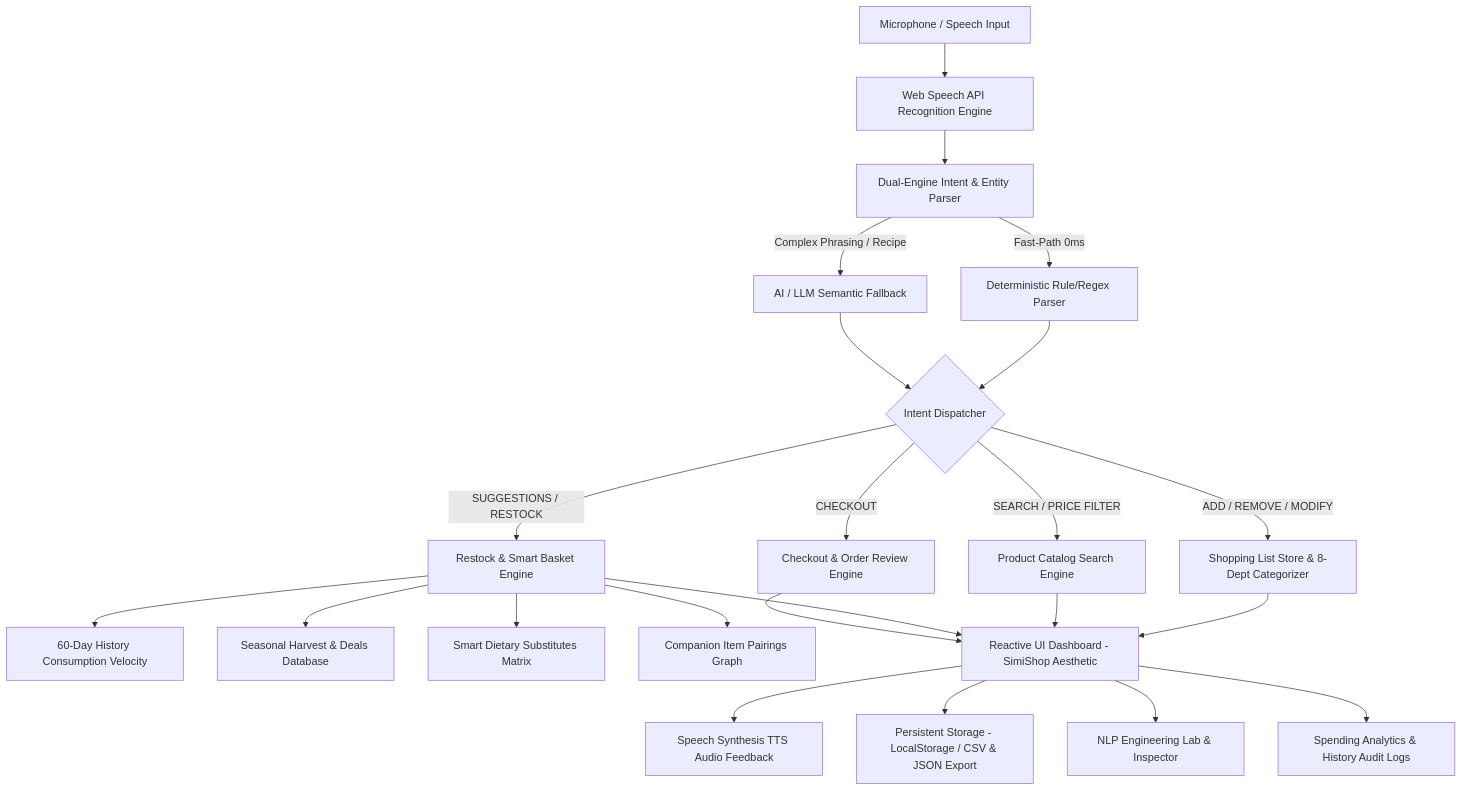
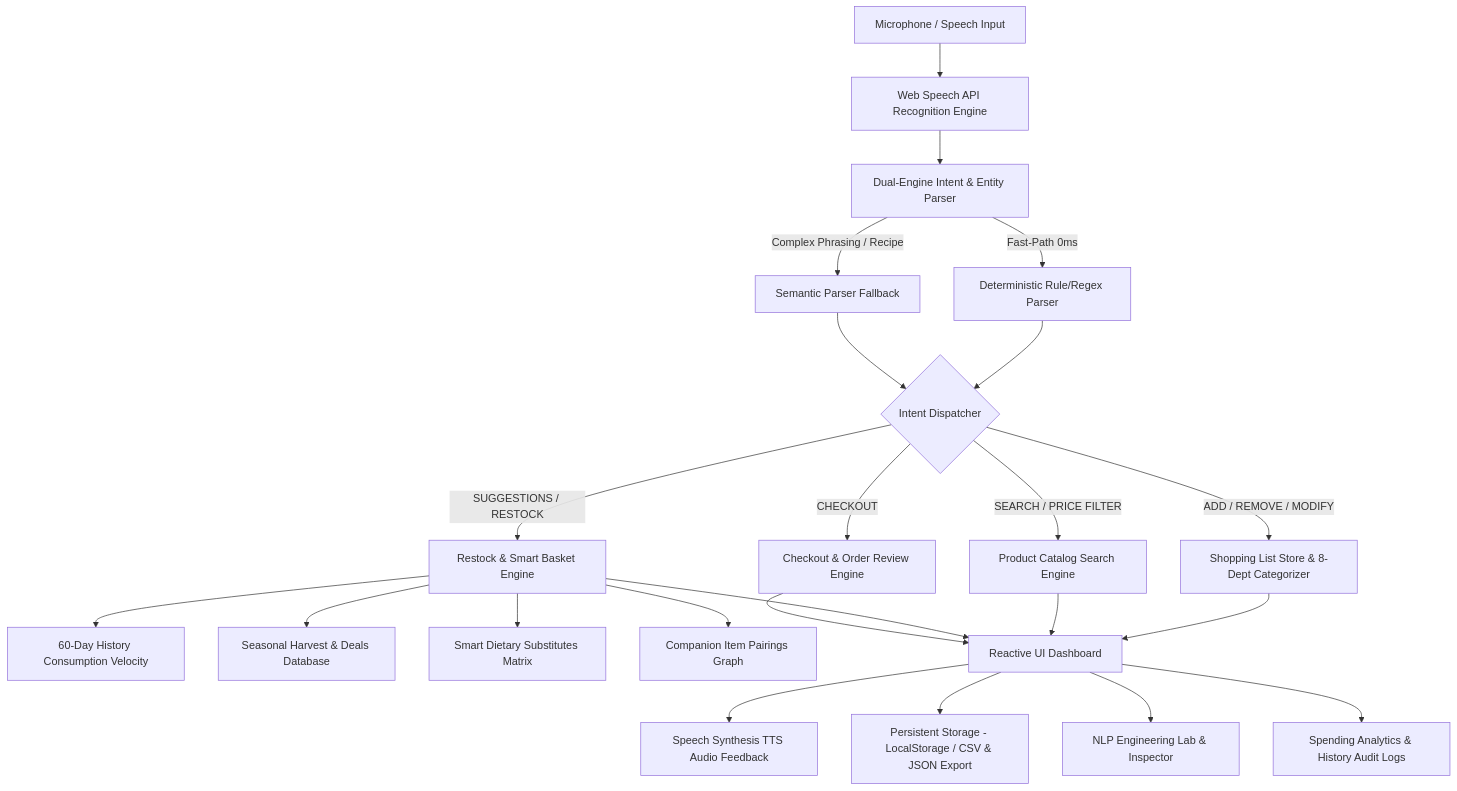
The diagram in README.md (MAYANK479/voice_cart_ai), drawn with Mermaid before and after one commit. The commit also changed other lines of this file and 6 other files, not shown here.

````diff
--- a/README.md
+++ b/README.md
@@ -33,31 +33,31 @@
 ```mermaid
 graph TD
     A[Microphone / Speech Input] --> B[Web Speech API Recognition Engine]
     B --> C[Dual-Engine Intent & Entity Parser]
     
     C -->|Fast-Path 0ms| C1[Deterministic Rule/Regex Parser]
-    C -->|Complex Phrasing / Recipe| C2[AI / LLM Semantic Fallback]
+    C -->|Complex Phrasing / Recipe| C2[Semantic Parser Fallback]
     
     C1 --> D{Intent Dispatcher}
     C2 --> D
     
     D -->|ADD / REMOVE / MODIFY| E[Shopping List Store & 8-Dept Categorizer]
     D -->|SEARCH / PRICE FILTER| F[Product Catalog Search Engine]
     D -->|SUGGESTIONS / RESTOCK| G[Restock & Smart Basket Engine]
     D -->|CHECKOUT| N[Checkout & Order Review Engine]
     
     G --> G1[60-Day History Consumption Velocity]
     G --> G2[Seasonal Harvest & Deals Database]
     G --> G3[Smart Dietary Substitutes Matrix]
     G --> G4[Companion Item Pairings Graph]
     
-    E --> H[Reactive UI Dashboard - SimiShop Aesthetic]
+    E --> H[Reactive UI Dashboard]
     F --> H
     G --> H
     N --> H
     
     H --> I[Speech Synthesis TTS Audio Feedback]
     H --> J[Persistent Storage - LocalStorage / CSV & JSON Export]
     H --> K[NLP Engineering Lab & Inspector]
     H --> L[Spending Analytics & History Audit Logs]
 ```
````
